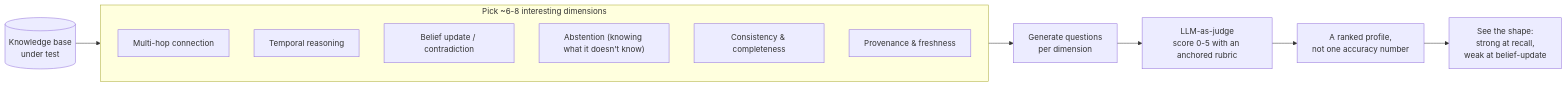
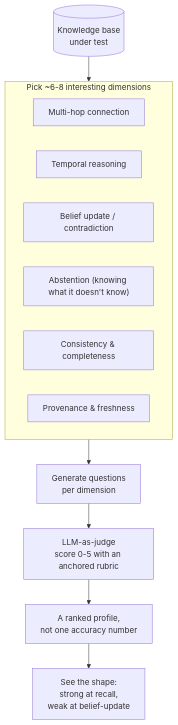
Before and after one commit to locchh/blogs: the seventh of 7 diagrams in src/content/blog/how_to_build_knowledgebase.md, drawn with Mermaid. The commit also changed other lines of this file and 1 other file, not shown here.

First line of the commit message:
docs(blog): add brain-mapping section and make the evaluation diagram vertical

````diff
--- a/src/content/blog/how_to_build_knowledgebase.md
+++ b/src/content/blog/how_to_build_knowledgebase.md
@@ -311,16 +338,16 @@
 ```mermaid
-graph LR
+graph TD
     KB[("Knowledge base<br/>under test")] --> D
     subgraph D["Pick ~6-8 interesting dimensions"]
         d1["Multi-hop connection"]
         d2["Temporal reasoning"]
         d3["Belief update / contradiction"]
         d4["Abstention (knowing what it doesn't know)"]
         d5["Consistency & completeness"]
         d6["Provenance & freshness"]
     end
     D --> G["Generate questions<br/>per dimension"]
     G --> J["LLM-as-judge<br/>score 0-5 with an anchored rubric"]
     J --> P["A ranked profile,<br/>not one accuracy number"]
     P --> W["See the shape:<br/>strong at recall,<br/>weak at belief-update"]
 ```
````
